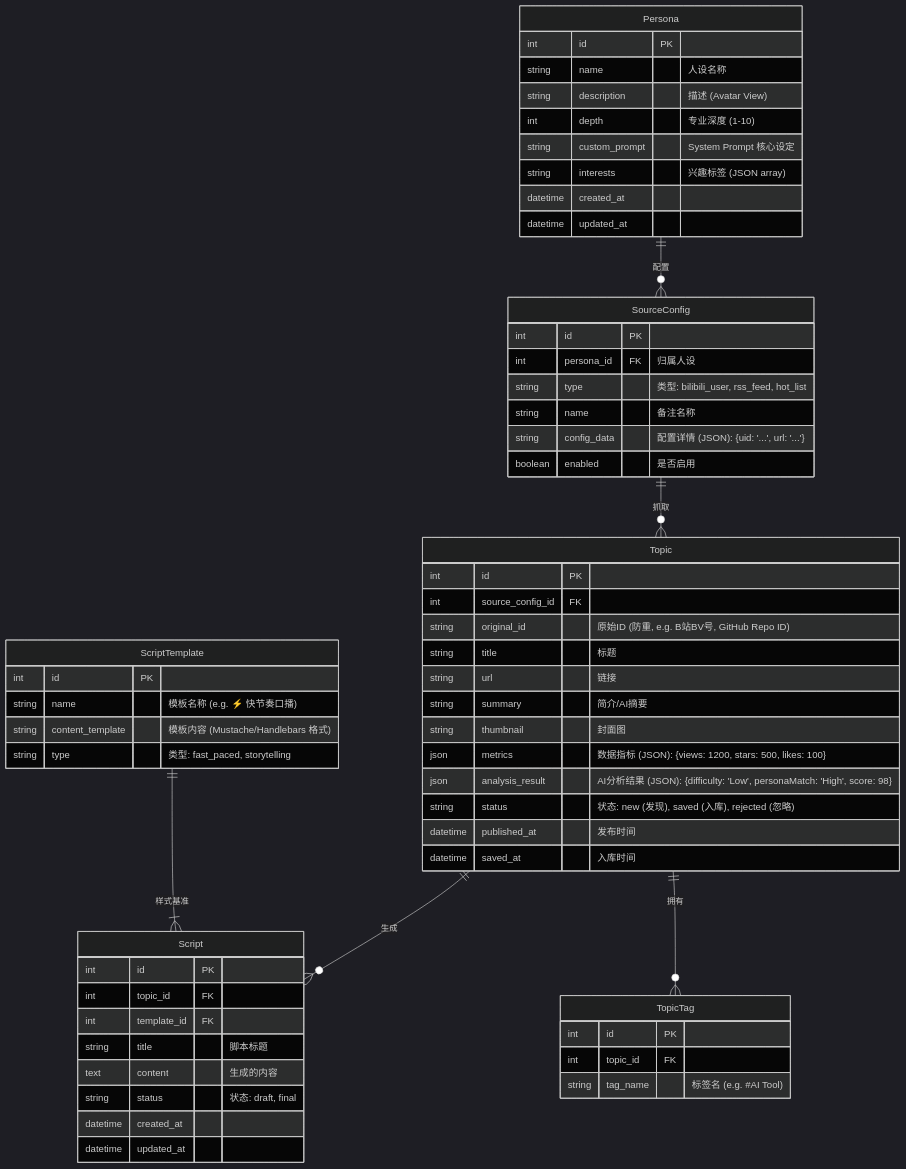
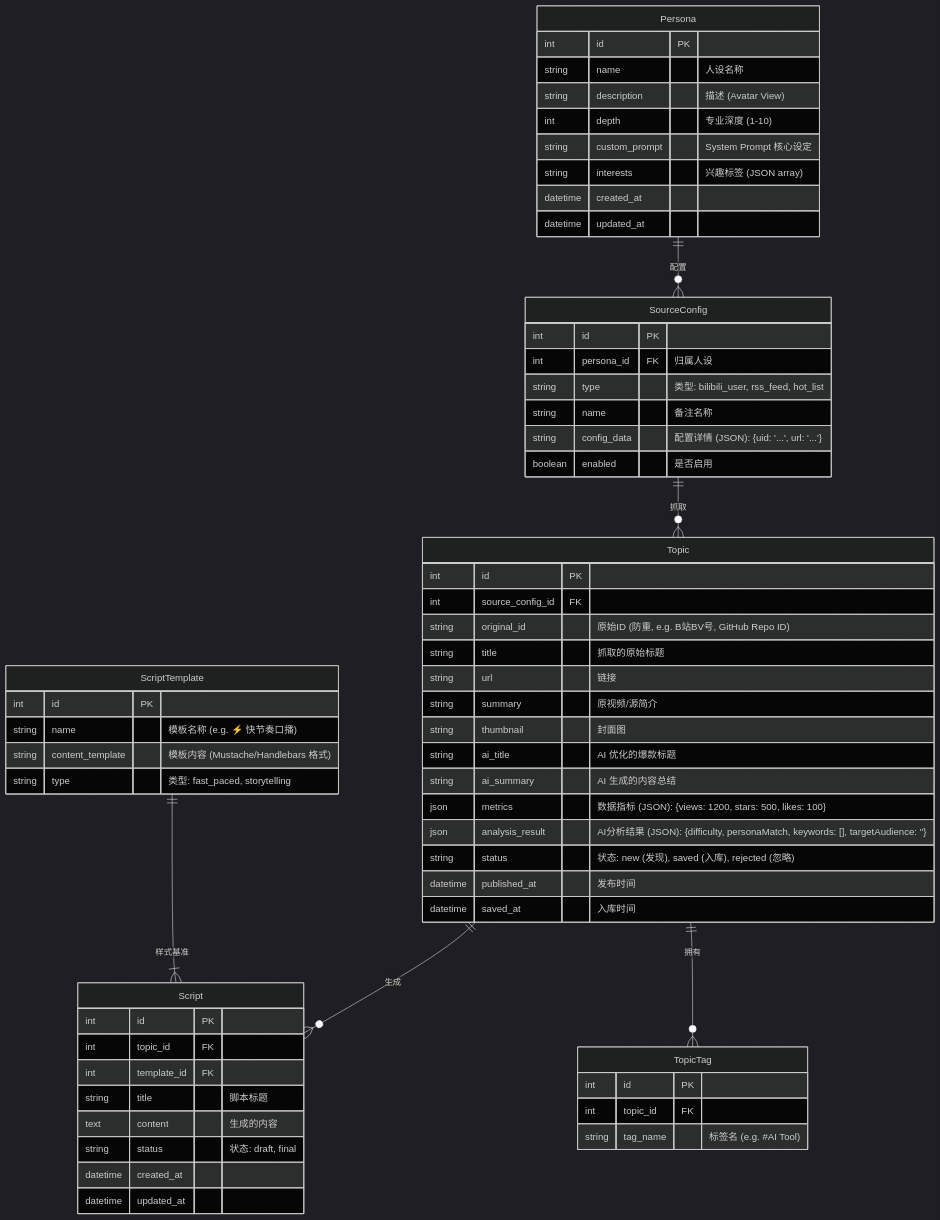
The diagram in words/Buddy数据模型与API设计.md (woodmeone/Buddy), drawn with Mermaid (dark theme) before and after one commit. The commit also changed other lines of this file and 24 other files, not shown here.

````diff
--- a/words/Buddy数据模型与API设计.md
+++ b/words/Buddy数据模型与API设计.md
@@ -9,71 +9,74 @@
 ```mermaid
 erDiagram
     Persona ||--o{ SourceConfig : "配置"
     SourceConfig ||--o{ Topic : "抓取"
     Topic ||--o{ Script : "生成"
     Topic ||--o{ TopicTag : "拥有"
     
     %% ScriptTemplate 独立于具体业务流程，作为工具资源
     ScriptTemplate ||--|{ Script : "样式基准"
 
     Persona {
         int id PK
         string name "人设名称"
         string description "描述 (Avatar View)"
         int depth "专业深度 (1-10)"
         string custom_prompt "System Prompt 核心设定"
         string interests "兴趣标签 (JSON array)"
         datetime created_at
         datetime updated_at
     }
 
     SourceConfig {
         int id PK
         int persona_id FK "归属人设"
         string type "类型: bilibili_user, rss_feed, hot_list"
         string name "备注名称"
         string config_data "配置详情 (JSON): {uid: '...', url: '...'}"
         boolean enabled "是否启用"
     }
 
     Topic {
         int id PK
         int source_config_id FK
         string original_id "原始ID (防重, e.g. B站BV号, GitHub Repo ID)"
-        string title "标题"
+        string title "抓取的原始标题"
         string url "链接"
-        string summary "简介/AI摘要"
+        string summary "原视频/源简介"
         string thumbnail "封面图"
         
+        string ai_title "AI 优化的爆款标题"
+        string ai_summary "AI 生成的内容总结"
+        
         json metrics "数据指标 (JSON): {views: 1200, stars: 500, likes: 100}"
-        json analysis_result "AI分析结果 (JSON): {difficulty: 'Low', personaMatch: 'High', score: 98}"
+        json analysis_result "AI分析结果 (JSON): {difficulty, personaMatch, keywords: [], targetAudience: ''}"
         
         string status "状态: new (发现), saved (入库), rejected (忽略)"
         datetime published_at "发布时间"
         datetime saved_at "入库时间"
     }
     
     TopicTag {
         int id PK
         int topic_id FK
         string tag_name "标签名 (e.g. #AI Tool)"
     }
 
     ScriptTemplate {
         int id PK
         string name "模板名称 (e.g. ⚡ 快节奏口播)"
         string content_template "模板内容 (Mustache/Handlebars 格式)"
         string type "类型: fast_paced, storytelling"
     }
 
     Script {
         int id PK
         int topic_id FK
         int template_id FK
         string title "脚本标题"
         text content "生成的内容"
         string status "状态: draft, final"
         datetime created_at
         datetime updated_at
     }
 ```
````
